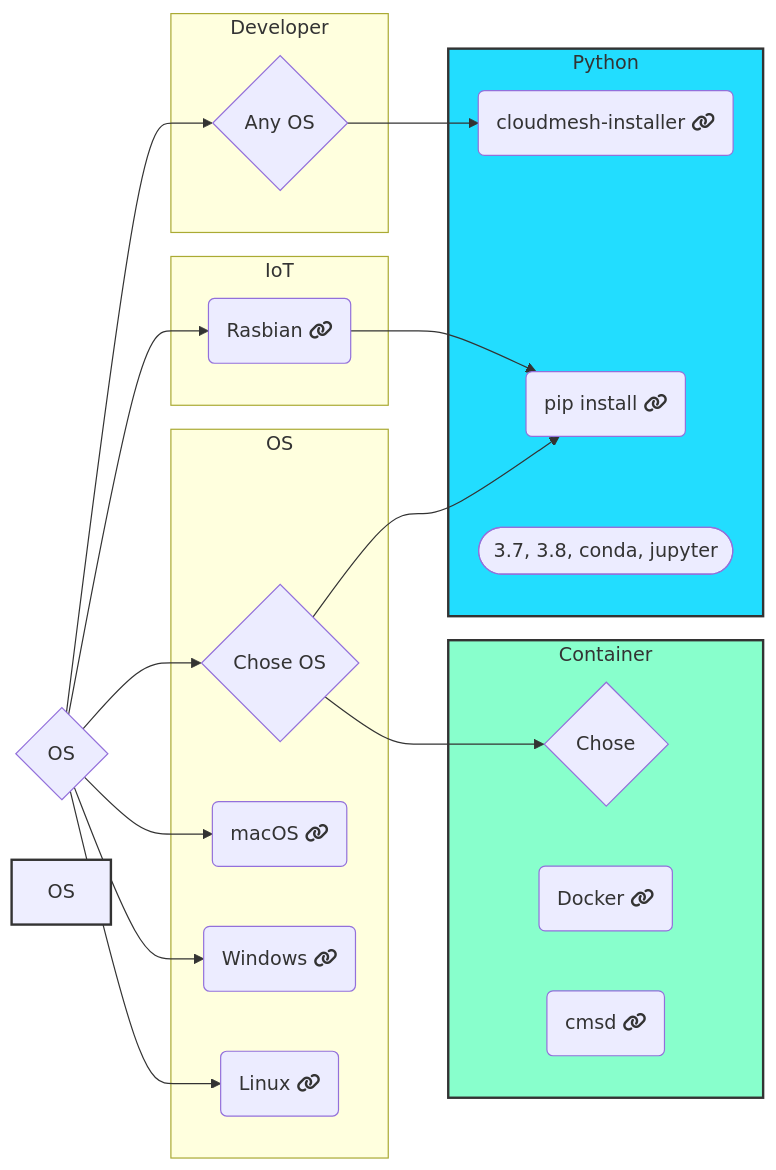
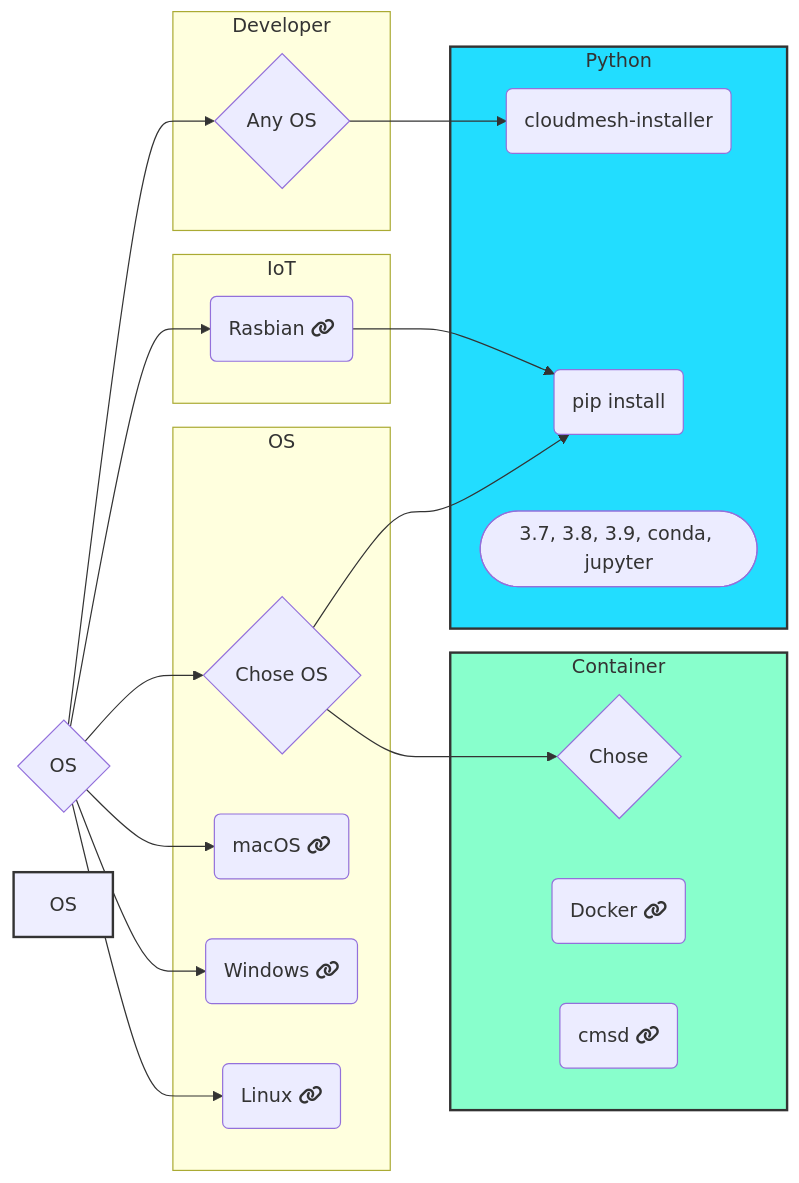
The diagram in docs-source/source/installation/install.rst (cloudmesh/cloudmesh-manual), drawn with Mermaid before and after one commit. The commit also changed 8 other files, not shown here.

Commit message:
remove the pip and cmi link in install diagram

```diff
--- a/docs-source/source/installation/install.rst
+++ b/docs-source/source/installation/install.rst
@@ -32,61 +32,59 @@
 .. mermaid::
 
    graph LR
         os{OS}
 
         os-->chose{Chose OS}
         os-->Raspbian
         os-->macOS
         os-->Windows
         os-->Linux
         os-->a
 
         a-->cmi
 
         chose-->pip
         chose-->c{Chose}
 
         Raspbian-->pip
 
         subgraph Python
-            p([3.7, 3.8, conda, jupyter])
-            pip(pip install fa:fa-link)
-            cmi(cloudmesh-installer fa:fa-link)
+            p([3.7, 3.8, 3.9, conda, jupyter])
+            pip(pip install)
+            cmi(cloudmesh-installer)
         end
 
         subgraph IoT
             Raspbian(Rasbian fa:fa-link)
         end
 
         subgraph Developer
             a{Any OS}
         end
 
 
         subgraph  OS
             chose
             Linux(Linux fa:fa-link)
             macOS(macOS fa:fa-link)
             Windows(Windows fa:fa-link)
         end
 
         subgraph Container
 
             c
             Docker(Docker fa:fa-link)
             cmsd(cmsd fa:fa-link)
         end
 
         click Raspbian "https://cloudmesh.github.io/cloudmesh-manual/installation/pi/install-pi.html"
         click Windows "https://cloudmesh.github.io/cloudmesh-manual/installation/os/windows/index.html"
         click Linux "https://cloudmesh.github.io/cloudmesh-manual/installation/os/install-linux.html"
         click macOS "https://cloudmesh.github.io/cloudmesh-manual/installation/os/install-macos.html"
 
         click Docker "https://cloudmesh.github.io/cloudmesh-manual/installation/install.html#installation-of-cloudmesh-with-docker"
         click cmsd "https://cloudmesh.github.io/cloudmesh-manual/cmsd.html"
-        click pip "https://cloudmesh.github.io/cloudmesh-manual/installation/install-native.html"
-        click cmi "https://cloudmesh.github.io/cloudmesh-manual/installation/cloudmesh-installer.html"
 
         style Container fill:#8fc,stroke:#333,stroke-width:2px
         style OS fill:#eef,stroke:#333,stroke-width:2px
         style Python fill:#2df,stroke:#333,stroke-width:2px
```
